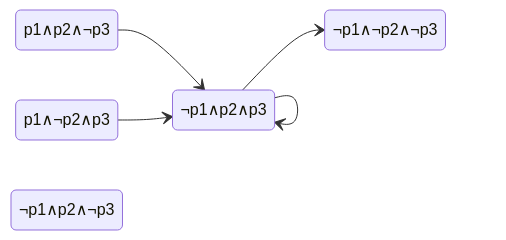
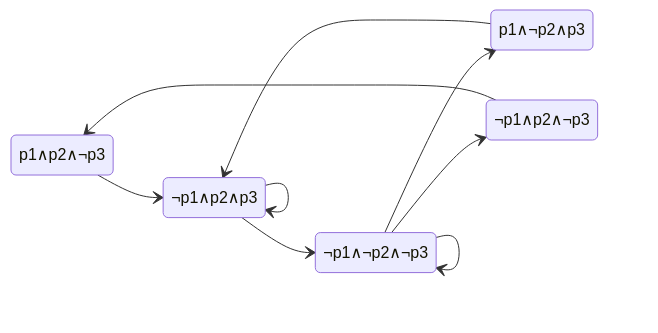
One commit to VinayakFia/Obsidian changed the second of 2 diagrams in COMP3153/Stream b/Stream B - Credit.md. Above: the diagram before and after it, drawn with Mermaid.

Commit message:
vault backup: 2024-11-10 16:47:21

````diff
--- a/COMP3153/Stream b/Stream B - Credit.md
+++ b/COMP3153/Stream b/Stream B - Credit.md
@@ -40,16 +40,23 @@
 ```mermaid
 stateDiagram-v2
 	direction LR
 
 	p1p2 : p1∧p2∧¬p3
 	p1p3 : p1∧¬p2∧p3
 	p2p3 : ¬p1∧p2∧p3
 	p2 : ¬p1∧p2∧¬p3
 	not : ¬p1∧¬p2∧¬p3
 
 	p1p2 --> p2p3
+	
 	p1p3 --> p2p3
+	
 	p2p3 --> not
 	p2p3 --> p2p3
-	
+
+	p2 --> p1p2
+
+	not --> p1p3
+	not --> not
+	not --> p2
 ```
````
